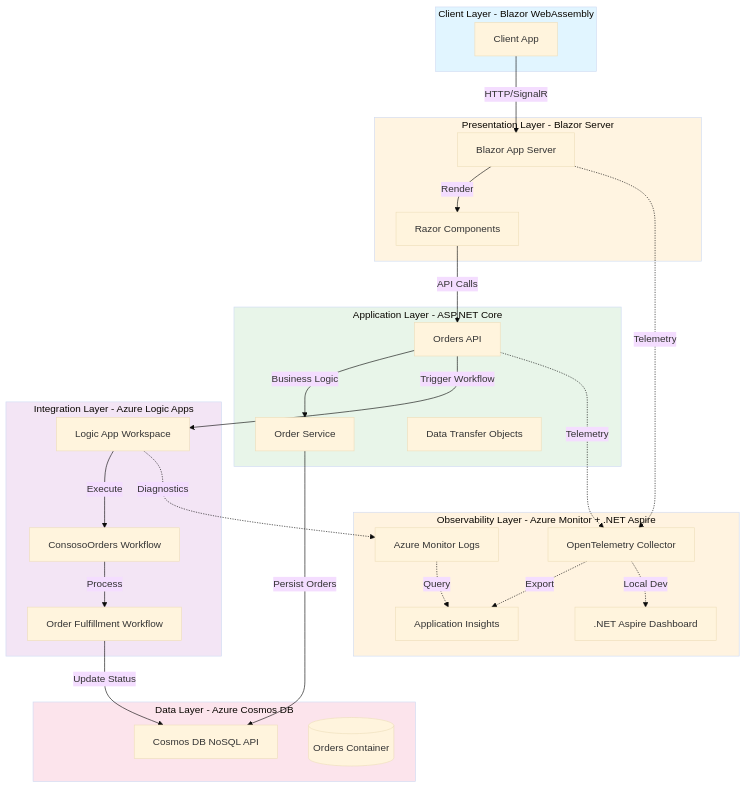
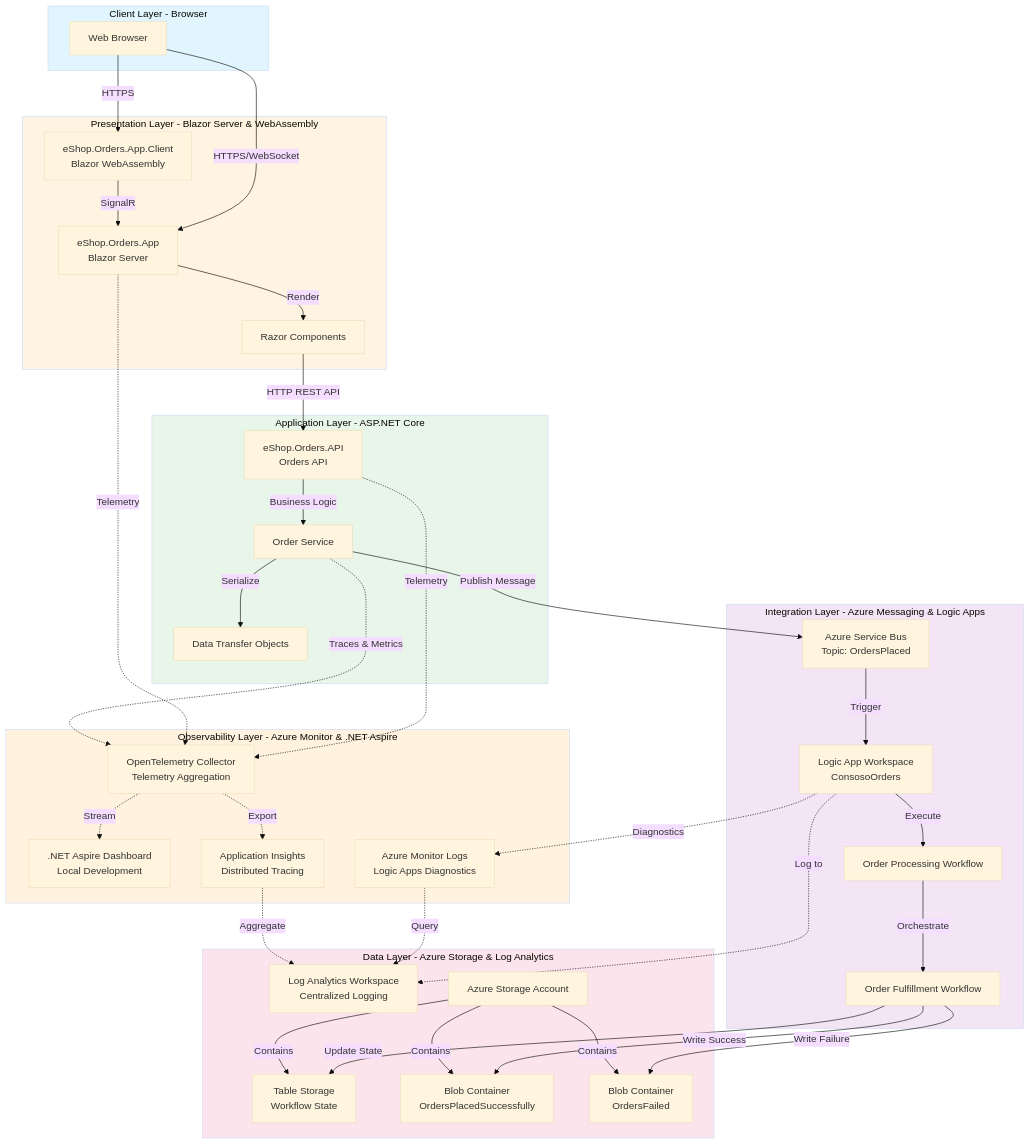
The diagram in README.md (Evilazaro/Azure-LogicApps-Monitoring), drawn with Mermaid (base theme) before and after one commit. The commit also changed other lines of this file, not shown here.

Commit message:
docs: enhance README with detailed architecture and monitoring updates

````diff
--- a/README.md
+++ b/README.md
@@ -35,54 +36,80 @@
 ```mermaid
 graph TD
-    subgraph Client["Client Layer - Blazor WebAssembly"]
-        CA[Client App]
+    subgraph Client["Client Layer - Browser"]
+        Browser[Web Browser]
     end
 
-    subgraph Presentation["Presentation Layer - Blazor Server"]
-        BA[Blazor App Server]
-        BRC[Razor Components]
+    subgraph Presentation["Presentation Layer - Blazor Server & WebAssembly"]
+        WebApp[eShop.Orders.App<br/>Blazor Server]
+        WebClient[eShop.Orders.App.Client<br/>Blazor WebAssembly]
+        RazorComponents[Razor Components]
     end
 
     subgraph Application["Application Layer - ASP.NET Core"]
-        API[Orders API]
-        SVC[Order Service]
+        API[eShop.Orders.API<br/>Orders API]
+        OrderService[Order Service]
         DTOs[Data Transfer Objects]
     end
 
-    subgraph Integration["Integration Layer - Azure Logic Apps"]
-        LAW[Logic App Workspace]
-        WF1[ConsosoOrders Workflow]
-        WF2[Order Fulfillment Workflow]
+    subgraph Integration["Integration Layer - Azure Messaging & Logic Apps"]
+        ServiceBus[Azure Service Bus<br/>Topic: OrdersPlaced]
+        LogicAppWorkspace[Logic App Workspace<br/>ConsosoOrders]
+        OrderWorkflow[Order Processing Workflow]
+        FulfillmentWorkflow[Order Fulfillment Workflow]
     end
 
-    subgraph Observability["Observability Layer - Azure Monitor + .NET Aspire"]
-        AI[Application Insights]
-        LAW_MON[Azure Monitor Logs]
-        ASPIRE[.NET Aspire Dashboard]
-        OTEL[OpenTelemetry Collector]
+    subgraph Observability["Observability Layer - Azure Monitor & .NET Aspire"]
+        AspireDashboard[.NET Aspire Dashboard<br/>Local Development]
+        AppInsights[Application Insights<br/>Distributed Tracing]
+        OTel[OpenTelemetry Collector<br/>Telemetry Aggregation]
+        AzureMonitor[Azure Monitor Logs<br/>Logic Apps Diagnostics]
     end
 
-    subgraph Data["Data Layer - Azure Cosmos DB"]
-        COSMOS[Cosmos DB NoSQL API]
-        ORDERS[(Orders Container)]
+    subgraph Data["Data Layer - Azure Storage & Log Analytics"]
+        LogAnalytics[Log Analytics Workspace<br/>Centralized Logging]
+        StorageAccount[Azure Storage Account]
+        TableStorage[Table Storage<br/>Workflow State]
+        SuccessContainer[Blob Container<br/>OrdersPlacedSuccessfully]
+        FailedContainer[Blob Container<br/>OrdersFailed]
     end
 
-    CA -->|HTTP/SignalR| BA
-    BA -->|Render| BRC
-    BRC -->|API Calls| API
-    API -->|Business Logic| SVC
-    SVC -->|Persist Orders| COSMOS
-    API -->|Trigger Workflow| LAW
-    LAW -->|Execute| WF1
-    WF1 -->|Process| WF2
-    WF2 -->|Update Status| COSMOS
-    
-    API -.->|Telemetry| OTEL
-    BA -.->|Telemetry| OTEL
-    LAW -.->|Diagnostics| LAW_MON
-    OTEL -.->|Export| AI
-    OTEL -.->|Local Dev| ASPIRE
-    LAW_MON -.->|Query| AI
+    %% Client Layer Interactions
+    Browser -->|HTTPS/WebSocket| WebApp
+    Browser -->|HTTPS| WebClient
+
+    %% Presentation Layer Interactions
+    WebApp -->|Render| RazorComponents
+    WebClient -->|SignalR| WebApp
+    RazorComponents -->|HTTP REST API| API
+
+    %% Application Layer Interactions
+    API -->|Business Logic| OrderService
+    OrderService -->|Serialize| DTOs
+    OrderService -->|Publish Message| ServiceBus
+
+    %% Integration Layer Interactions
+    ServiceBus -->|Trigger| LogicAppWorkspace
+    LogicAppWorkspace -->|Execute| OrderWorkflow
+    OrderWorkflow -->|Orchestrate| FulfillmentWorkflow
+    FulfillmentWorkflow -->|Write Success| SuccessContainer
+    FulfillmentWorkflow -->|Write Failure| FailedContainer
+    FulfillmentWorkflow -->|Update State| TableStorage
+
+    %% Observability Layer Interactions
+    API -.->|Telemetry| OTel
+    WebApp -.->|Telemetry| OTel
+    OrderService -.->|Traces & Metrics| OTel
+    LogicAppWorkspace -.->|Diagnostics| AzureMonitor
+    OTel -.->|Export| AppInsights
+    OTel -.->|Stream| AspireDashboard
+    AzureMonitor -.->|Query| LogAnalytics
+    AppInsights -.->|Aggregate| LogAnalytics
+
+    %% Data Layer Interactions
+    StorageAccount -->|Contains| TableStorage
+    StorageAccount -->|Contains| SuccessContainer
+    StorageAccount -->|Contains| FailedContainer
+    LogicAppWorkspace -.->|Log to| LogAnalytics
 
     style Client fill:#e1f5ff
     style Presentation fill:#fff4e1
````
